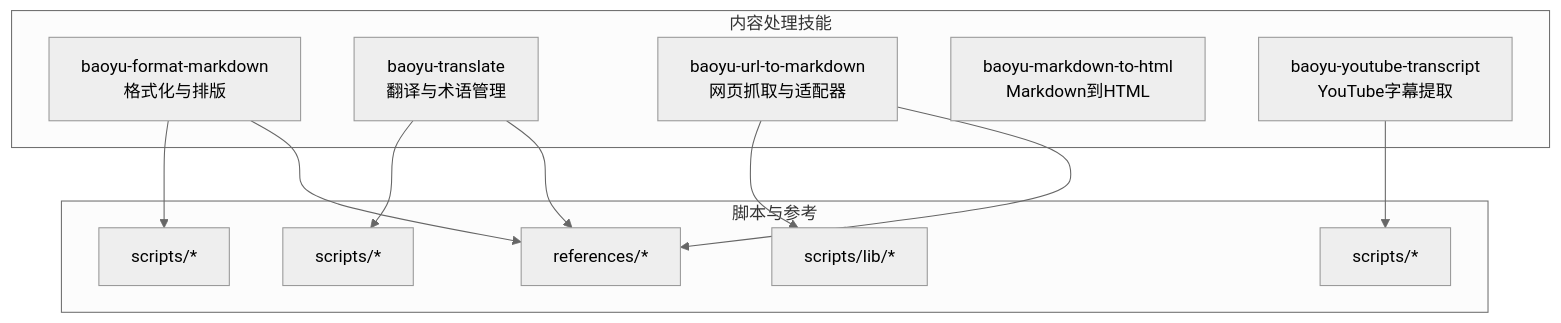
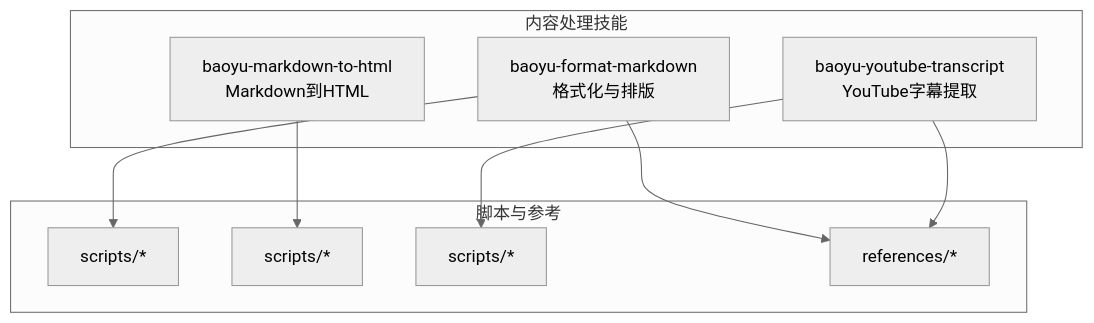
The first of 5 diagrams in .qoder/repowiki/zh/content/AI 技能系统/内容处理技能/内容处理技能.md (NTLx/ntlx.github.io), drawn with Mermaid (neutral theme) before and after one commit. The commit also changed other lines of this file and 8 other files, not shown here.

````diff
--- a/.qoder/repowiki/zh/content/AI 技能系统/内容处理技能/内容处理技能.md
+++ b/.qoder/repowiki/zh/content/AI 技能系统/内容处理技能/内容处理技能.md
@@ -58,24 +56,19 @@
 ```mermaid
 graph TB
 subgraph "内容处理技能"
 FM["baoyu-format-markdown<br/>格式化与排版"]
-TR["baoyu-translate<br/>翻译与术语管理"]
-UM["baoyu-url-to-markdown<br/>网页抓取与适配器"]
 MH["baoyu-markdown-to-html<br/>Markdown到HTML"]
 YT["baoyu-youtube-transcript<br/>YouTube字幕提取"]
 end
 subgraph "脚本与参考"
 FM_scripts["scripts/*"]
-TR_scripts["scripts/*"]
-UM_lib["scripts/lib/*"]
+MH_scripts["scripts/*"]
 YT_scripts["scripts/*"]
 refs["references/*"]
 end
 FM --> FM_scripts
-TR --> TR_scripts
-UM --> UM_lib
+MH --> MH_scripts
 YT --> YT_scripts
-TR --> refs
-UM --> refs
 FM --> refs
+YT --> refs
 ```
````
